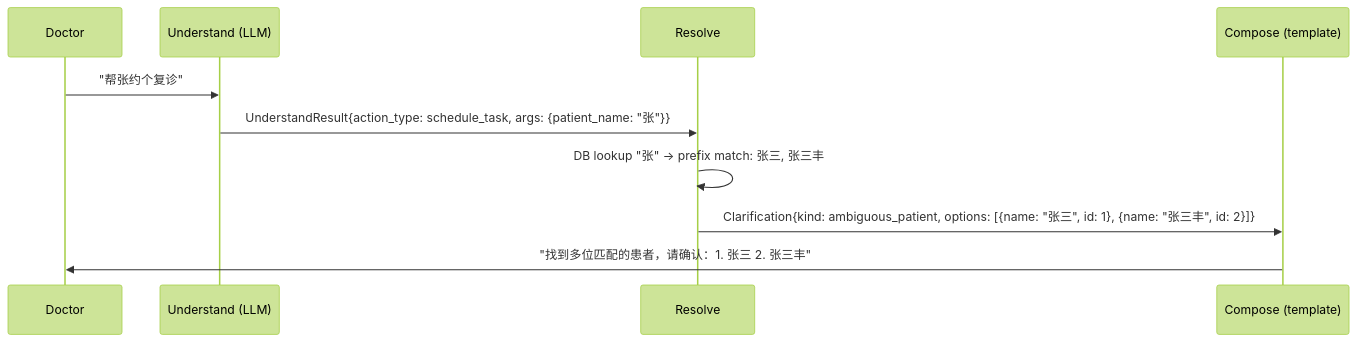
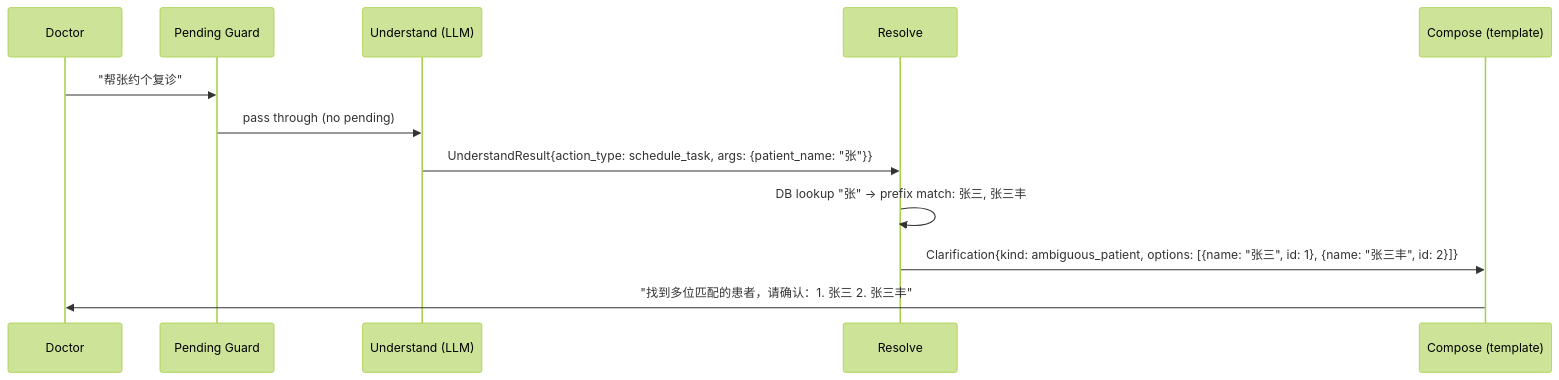
One commit to moments8890/doctor-ai-agent changed the fourth of 7 diagrams in docs/adr/0012-architecture-diagram.md. Above: the diagram before and after it, drawn with Mermaid (forest theme). The commit also changed other lines of this file, not shown here.

Commit message:
docs: add pending guard to clarification diagram, show chat_archive as pipeline input
- Clarification sequence now includes Pending Guard pass-through
  for consistency with other sequence diagrams.
- Main flowchart input node shows chat_archive alongside DoctorCtx —
  it's the clinical context source for create_draft and understand's
  recent-turns window.

````diff
--- a/docs/adr/0012-architecture-diagram.md
+++ b/docs/adr/0012-architecture-diagram.md
@@ -122,13 +122,15 @@
 ```mermaid
 sequenceDiagram
     participant D as Doctor
+    participant PG as Pending Guard
     participant U as Understand (LLM)
     participant R as Resolve
     participant Co as Compose (template)
 
-    D->>U: "帮张约个复诊"
+    D->>PG: "帮张约个复诊"
+    PG->>U: pass through (no pending)
     U->>R: UnderstandResult{action_type: schedule_task, args: {patient_name: "张"}}
     R->>R: DB lookup "张" → prefix match: 张三, 张三丰
     R->>Co: Clarification{kind: ambiguous_patient, options: [{name: "张三", id: 1}, {name: "张三丰", id: 2}]}
     Co->>D: "找到多位匹配的患者，请确认：1. 张三  2. 张三丰"
 ```
````
